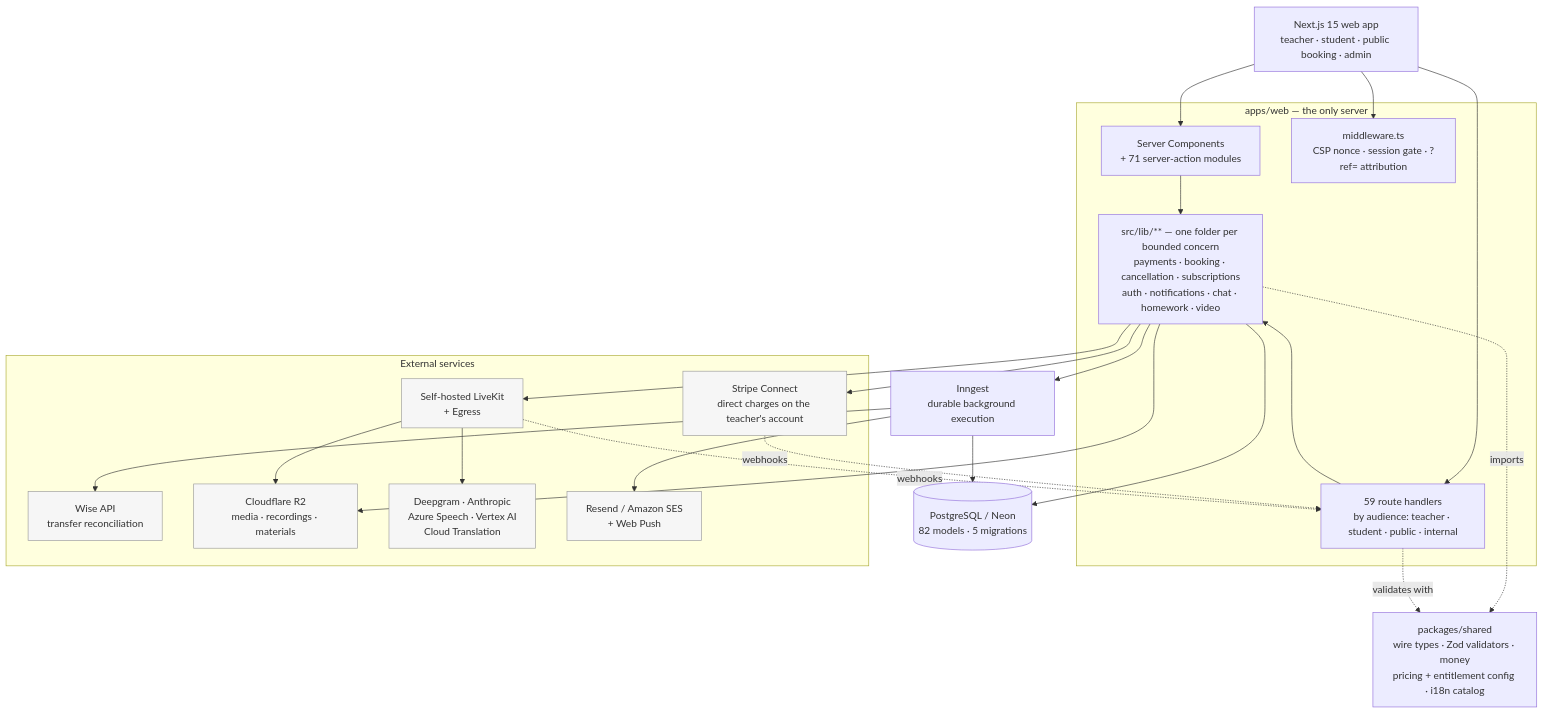
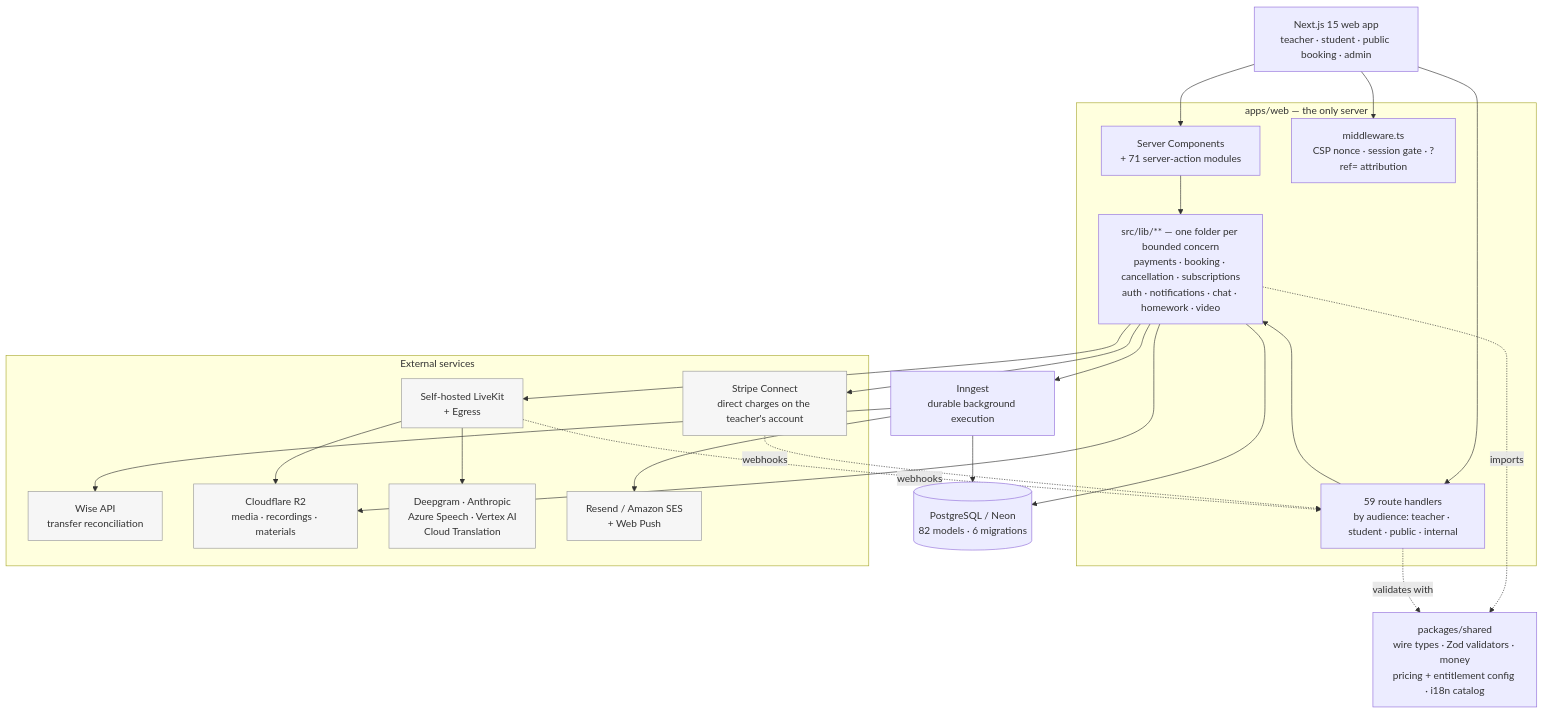
Before and after one commit to jaystewartuk/spiralclass: the first of 2 diagrams in README.md, drawn with Mermaid. The commit also changed other lines of this file and 70 other files, not shown here.

````diff
--- a/README.md
+++ b/README.md
@@ -131,48 +131,48 @@
 ```mermaid
 graph TB
     WEB["Next.js 15 web app<br/>teacher · student · public booking · admin"]
 
     subgraph app["apps/web — the only server"]
         RSC["Server Components<br/>+ 71 server-action modules"]
         API["59 route handlers<br/>by audience: teacher · student · public · internal"]
         MW["middleware.ts<br/>CSP nonce · session gate · ?ref= attribution"]
         LIB["src/lib/** — one folder per bounded concern<br/>payments · booking · cancellation · subscriptions<br/>auth · notifications · chat · homework · video"]
     end
 
     SH["packages/shared<br/>wire types · Zod validators · money<br/>pricing + entitlement config · i18n catalog"]
 
-    DB[("PostgreSQL / Neon<br/>82 models · 5 migrations")]
+    DB[("PostgreSQL / Neon<br/>82 models · 6 migrations")]
     JOBS["Inngest<br/>durable background execution"]
 
     subgraph external["External services"]
         STRIPE["Stripe Connect<br/>direct charges on the teacher's account"]
         WISE["Wise API<br/>transfer reconciliation"]
         LK["Self-hosted LiveKit<br/>+ Egress"]
         R2["Cloudflare R2<br/>media · recordings · materials"]
         AI["Deepgram · Anthropic<br/>Azure Speech · Vertex AI<br/>Cloud Translation"]
         MAIL["Resend / Amazon SES<br/>+ Web Push"]
     end
 
     WEB --> MW
     WEB --> RSC
     WEB --> API
     RSC --> LIB
     API --> LIB
     LIB --> DB
     LIB --> JOBS
     JOBS --> DB
     JOBS --> MAIL
     LIB --> STRIPE
     JOBS --> WISE
     LIB --> LK
     LK --> R2
     LK --> AI
     LIB --> R2
     LIB -.imports.-> SH
     API -.validates with.-> SH
     STRIPE -.webhooks.-> API
     LK -.webhooks.-> API
 
     classDef ext fill:#f6f6f6,stroke:#999,color:#333
     class STRIPE,WISE,LK,R2,AI,MAIL ext
 ```
````
